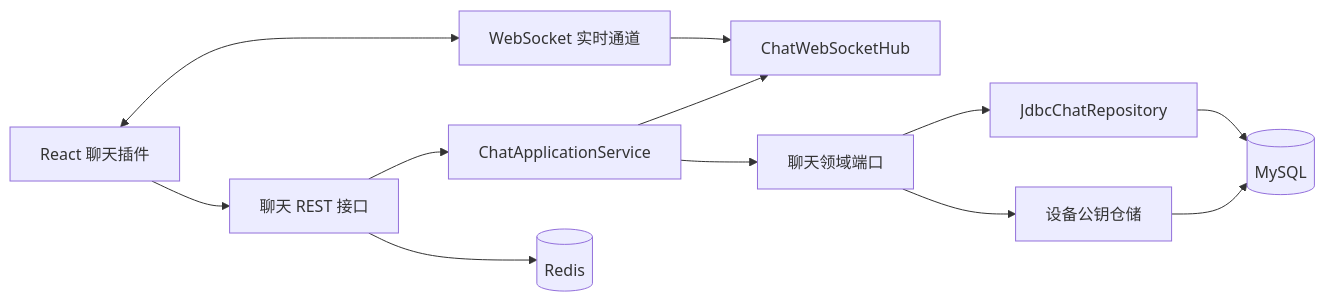
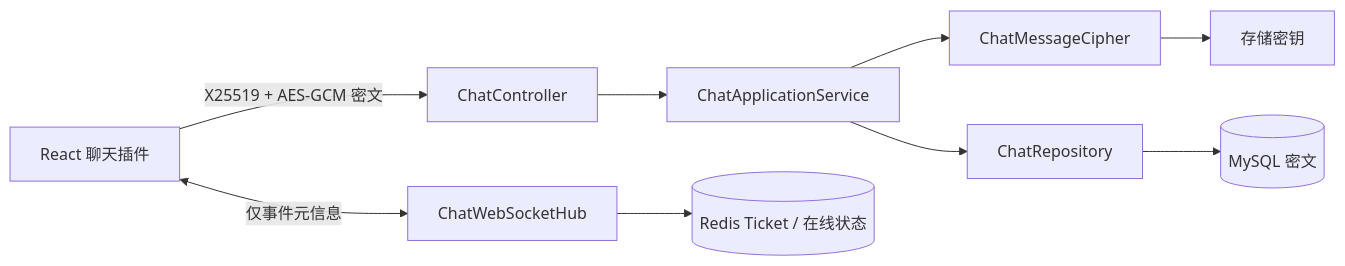
Before and after one commit to candysevenZzz/forgedesk: the diagram in docs/chat-architecture.md, drawn with Mermaid. The commit also changed other lines of this file and 36 other files, not shown here.

````diff
--- a/docs/chat-architecture.md
+++ b/docs/chat-architecture.md
@@ -16,14 +7,11 @@
 ```mermaid
 flowchart LR
-  Client[React 聊天插件] --> Api[聊天 REST 接口]
-  Client <--> Socket[WebSocket 实时通道]
-  Api --> App[ChatApplicationService]
-  Socket --> Hub[ChatWebSocketHub]
-  App --> Domain[聊天领域端口]
-  App --> Hub
-  Domain --> Repo[JdbcChatRepository]
-  Domain --> DeviceRepo[设备公钥仓储]
-  Repo --> Mysql[(MySQL)]
-  DeviceRepo --> Mysql
-  Api --> Redis[(Redis)]
+  Client["React 聊天插件"] -->|"X25519 + AES-GCM 密文"| Api["ChatController"]
+  Client <-->|"仅事件元信息"| Socket["ChatWebSocketHub"]
+  Api --> App["ChatApplicationService"]
+  App --> Cipher["ChatMessageCipher"]
+  App --> Repo["ChatRepository"]
+  Cipher --> StoreKey["存储密钥"]
+  Repo --> Mysql[("MySQL 密文")]
+  Socket --> Redis[("Redis Ticket / 在线状态")]
 ```
````
